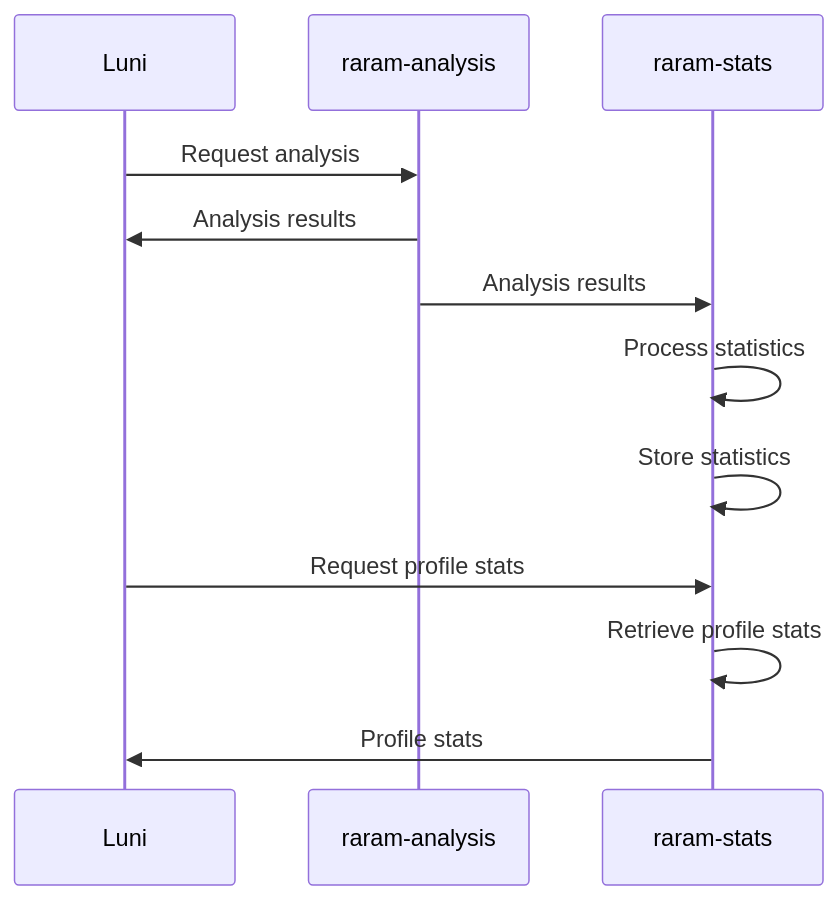
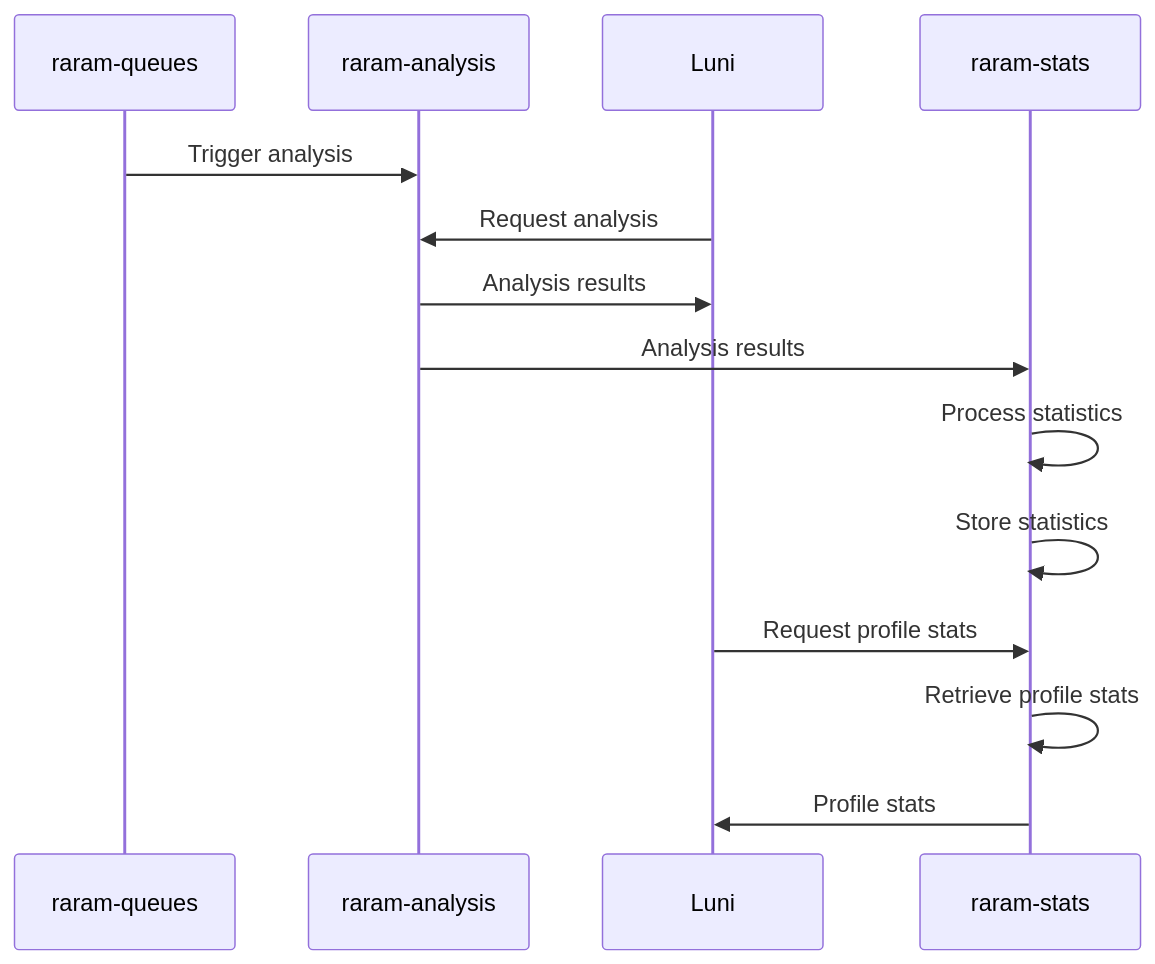
Before and after one commit to marco-verbeek/luniverse: the diagram in README.md, drawn with Mermaid. The commit also changed other lines of this file and 17 other files, not shown here.

````diff
--- a/README.md
+++ b/README.md
@@ -23,11 +27,12 @@
 ```mermaid
 sequenceDiagram
+raram-queues ->> raram-analysis: Trigger analysis
 Luni ->> raram-analysis: Request analysis
 raram-analysis ->> Luni: Analysis results
 raram-analysis ->> raram-stats: Analysis results
 raram-stats ->> raram-stats: Process statistics
 raram-stats ->> raram-stats: Store statistics
 Luni ->> raram-stats: Request profile stats
 raram-stats ->> raram-stats: Retrieve profile stats
 raram-stats ->> Luni: Profile stats
 ```
````
